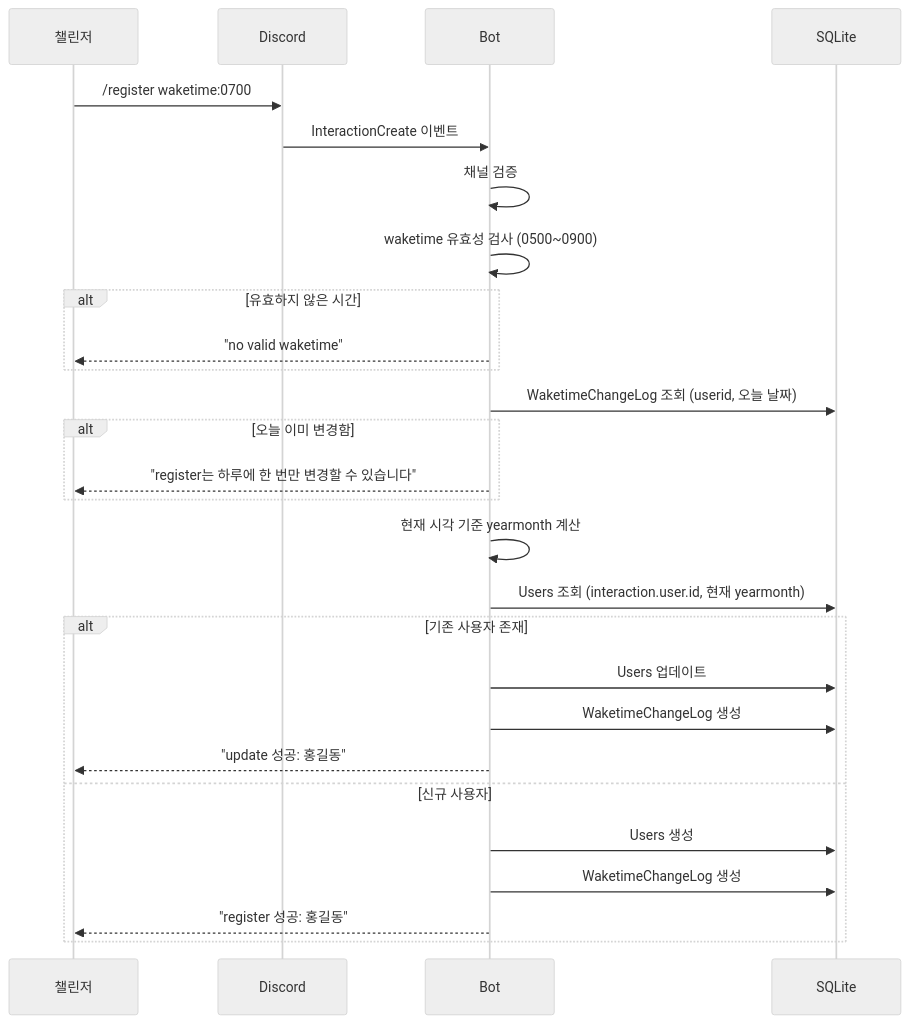
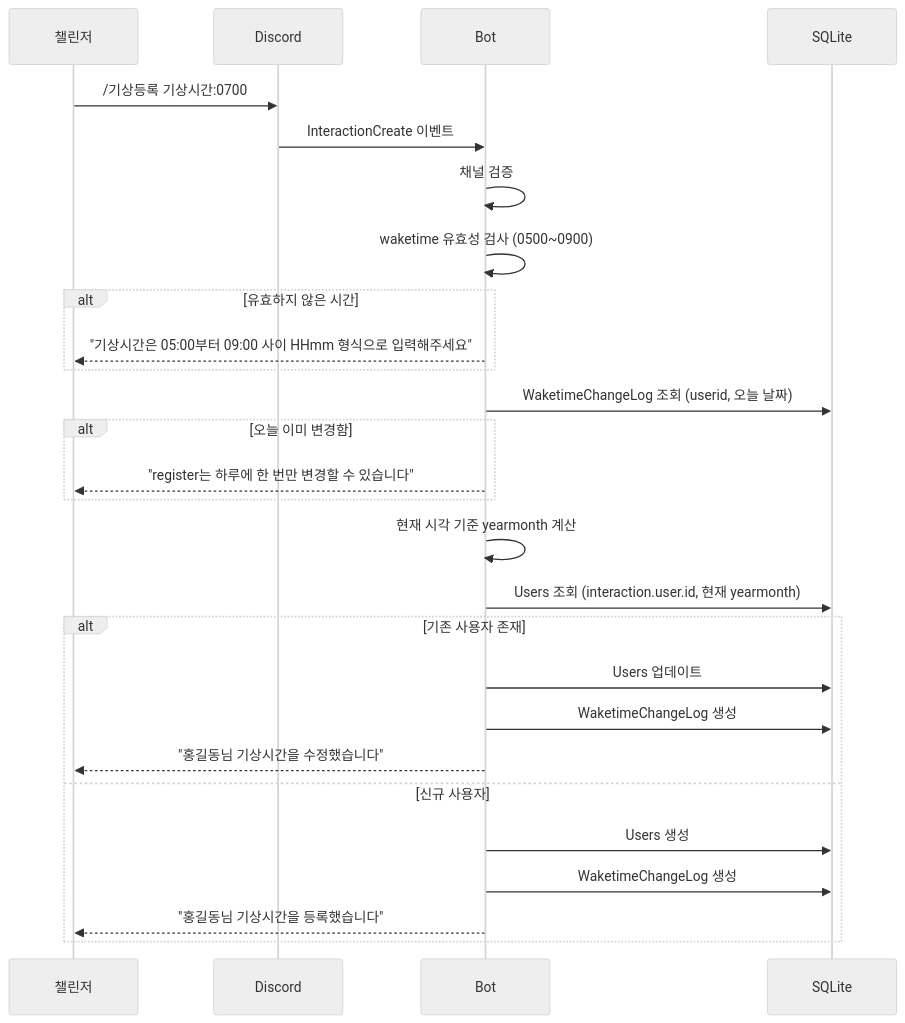
One commit to honki12345/haruharu-discord-bot changed the sixth of 16 diagrams in docs/USER_STORIES.md. Above: the diagram before and after it, drawn with Mermaid (neutral theme). The commit also changed other lines of this file and 16 other files, not shown here.

````diff
--- a/docs/USER_STORIES.md
+++ b/docs/USER_STORIES.md
@@ -213,35 +215,35 @@
 ```mermaid
 sequenceDiagram
     participant U as 챌린저
     participant D as Discord
     participant B as Bot
     participant DB as SQLite
 
-    U->>D: /register waketime:0700
+    U->>D: /기상등록 기상시간:0700
 
     D->>B: InteractionCreate 이벤트
     B->>B: 채널 검증
 
     B->>B: waketime 유효성 검사 (0500~0900)
     alt 유효하지 않은 시간
-        B-->>U: "no valid waketime"
+        B-->>U: "기상시간은 05:00부터 09:00 사이 HHmm 형식으로 입력해주세요"
     end
 
     B->>DB: WaketimeChangeLog 조회 (userid, 오늘 날짜)
     alt 오늘 이미 변경함
         B-->>U: "register는 하루에 한 번만 변경할 수 있습니다"
     end
 
     B->>B: 현재 시각 기준 yearmonth 계산
     B->>DB: Users 조회 (interaction.user.id, 현재 yearmonth)
 
     alt 기존 사용자 존재
         B->>DB: Users 업데이트
         B->>DB: WaketimeChangeLog 생성
-        B-->>U: "update 성공: 홍길동"
+        B-->>U: "홍길동님 기상시간을 수정했습니다"
     else 신규 사용자
         B->>DB: Users 생성
         B->>DB: WaketimeChangeLog 생성
-        B-->>U: "register 성공: 홍길동"
+        B-->>U: "홍길동님 기상시간을 등록했습니다"
     end
 ```
````
